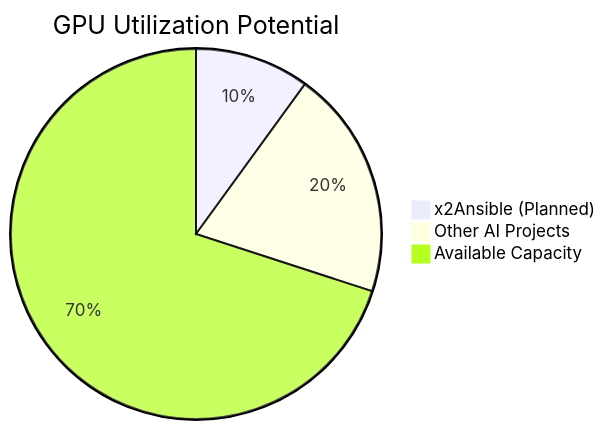
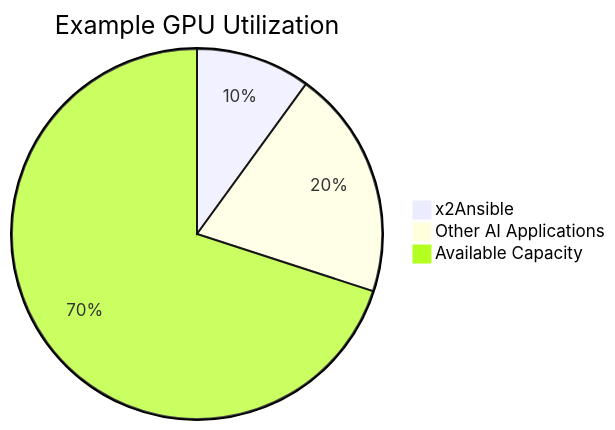
Before and after one commit to robbybrodie/preso: the ninth of 9 diagrams in executive-slide-01-current-infrastructure.md, drawn with Mermaid. The commit also changed other lines of this file, not shown here.

````diff
--- a/executive-slide-01-current-infrastructure.md
+++ b/executive-slide-01-current-infrastructure.md
@@ -411,6 +411,6 @@
 ```mermaid
-pie title GPU Utilization Potential
-    "x2Ansible (Planned)" : 10
-    "Other AI Projects" : 20
+pie title Example GPU Utilization
+    "x2Ansible" : 10
+    "Other AI Applications" : 20
     "Available Capacity" : 70
 ```
````
